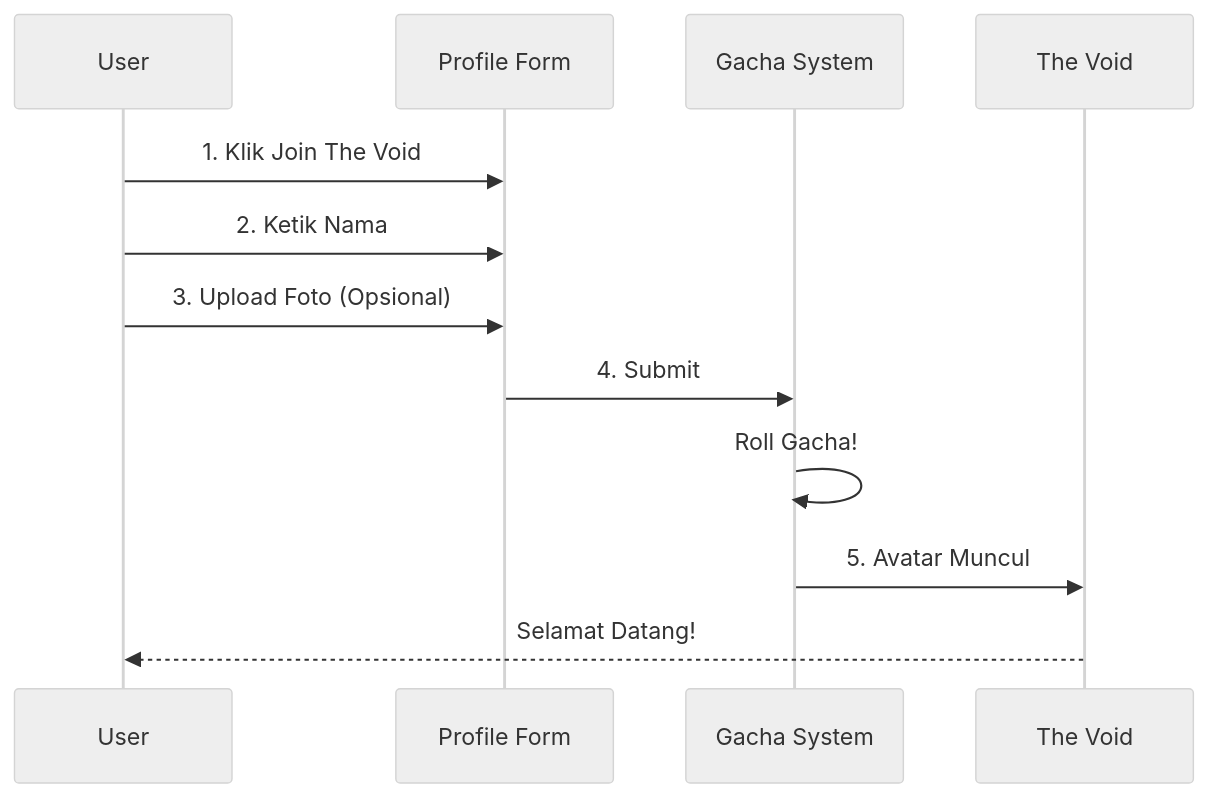
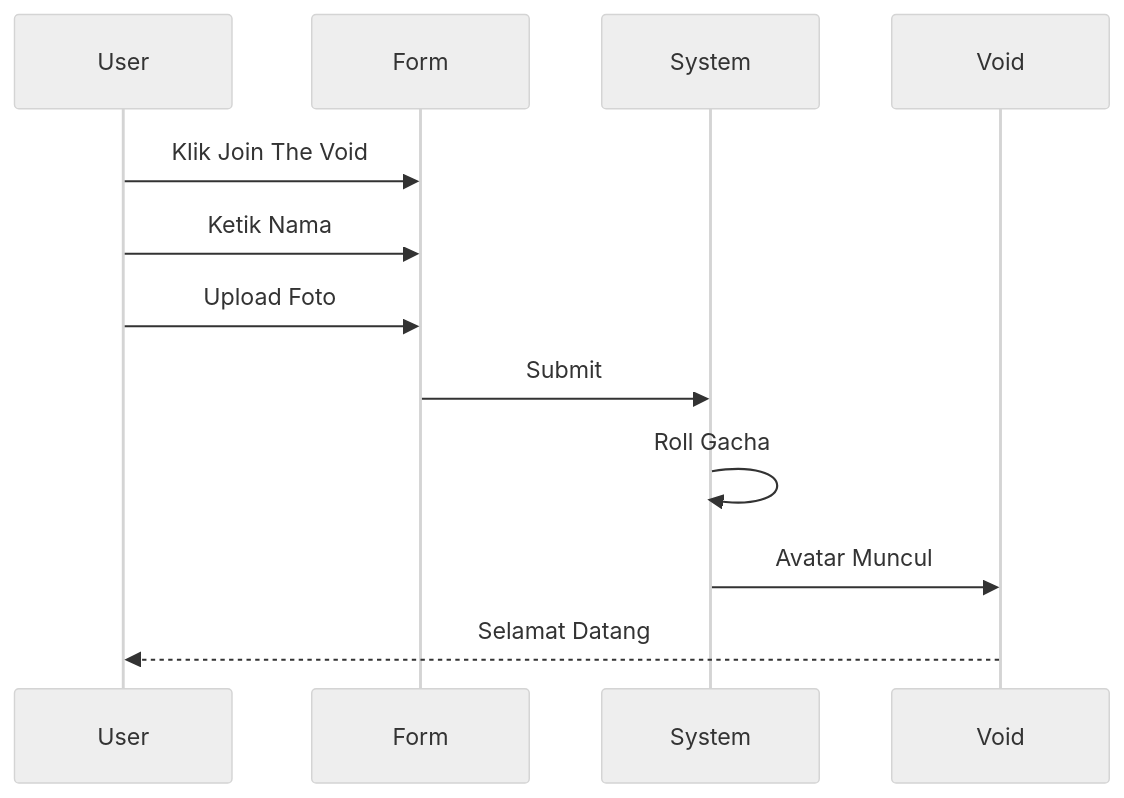
The second of 4 diagrams in README.md (Marvx-US/AsahMemory), drawn with Mermaid (neutral theme) before and after one commit. The commit also changed other lines of this file, not shown here.

````diff
--- a/README.md
+++ b/README.md
@@ -104,15 +96,14 @@
 ```mermaid
 sequenceDiagram
     participant User
-    participant Form as Profile Form
-    participant System as Gacha System
-    participant Void as The Void
-    
-    User->>Form: 1. Klik Join The Void
-    User->>Form: 2. Ketik Nama
-    User->>Form: 3. Upload Foto (Opsional)
-    Form->>System: 4. Submit
-    System->>System: Roll Gacha!
-    System->>Void: 5. Avatar Muncul
-    Void-->>User: Selamat Datang!
+    participant Form
+    participant System
+    participant Void
+    User->>Form: Klik Join The Void
+    User->>Form: Ketik Nama
+    User->>Form: Upload Foto
+    Form->>System: Submit
+    System->>System: Roll Gacha
+    System->>Void: Avatar Muncul
+    Void-->>User: Selamat Datang
 ```
````
